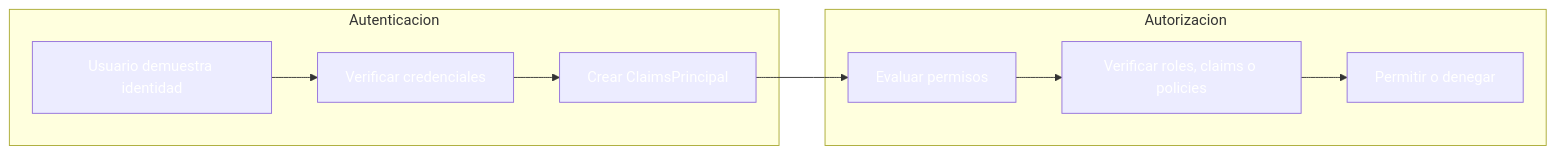
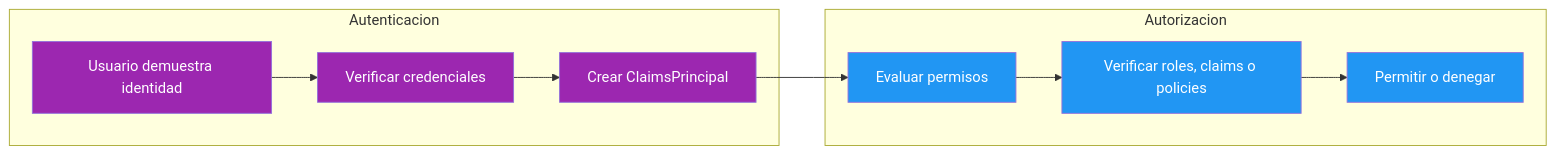
Before and after one commit to joseluisgs/DesarrolloWebEntornosServidor-02-2026-2027: the first of 14 diagrams in 17-autorizacion.md, drawn with Mermaid. The commit also changed other lines of this file and 29 other files, not shown here.

Commit message:
docs: corregir estilos Mermaid y estilo, quitar referencias a la Tienda y reestructurar los retos 13 y 15

````diff
--- a/17-autorizacion.md
+++ b/17-autorizacion.md
@@ -56,23 +56,23 @@
 ```mermaid
 flowchart LR
     subgraph "Autenticacion"
         A1["Usuario demuestra identidad"]
         A2["Verificar credenciales"]
         A3["Crear ClaimsPrincipal"]
     end
 
     subgraph "Autorizacion"
         B1["Evaluar permisos"]
         B2["Verificar roles, claims o policies"]
         B3["Permitir o denegar"]
     end
 
     A1 --> A2 --> A3 --> B1 --> B2 --> B3
 
-    style A1 fill:#9C27B,color:#fff0,color:#fff
-    style A2 fill:#9C27B,color:#fff0,color:#fff
-    style A3 fill:#9C27B,color:#fff0,color:#fff
-    style B1 fill:#2196F,color:#fff3,color:#fff
-    style B2 fill:#2196F,color:#fff3,color:#fff
-    style B3 fill:#2196F,color:#fff3,color:#fff
+    style A1 fill:#9C27B0,color:#fff
+    style A2 fill:#9C27B0,color:#fff
+    style A3 fill:#9C27B0,color:#fff
+    style B1 fill:#2196F3,color:#fff
+    style B2 fill:#2196F3,color:#fff
+    style B3 fill:#2196F3,color:#fff
 ```
````
